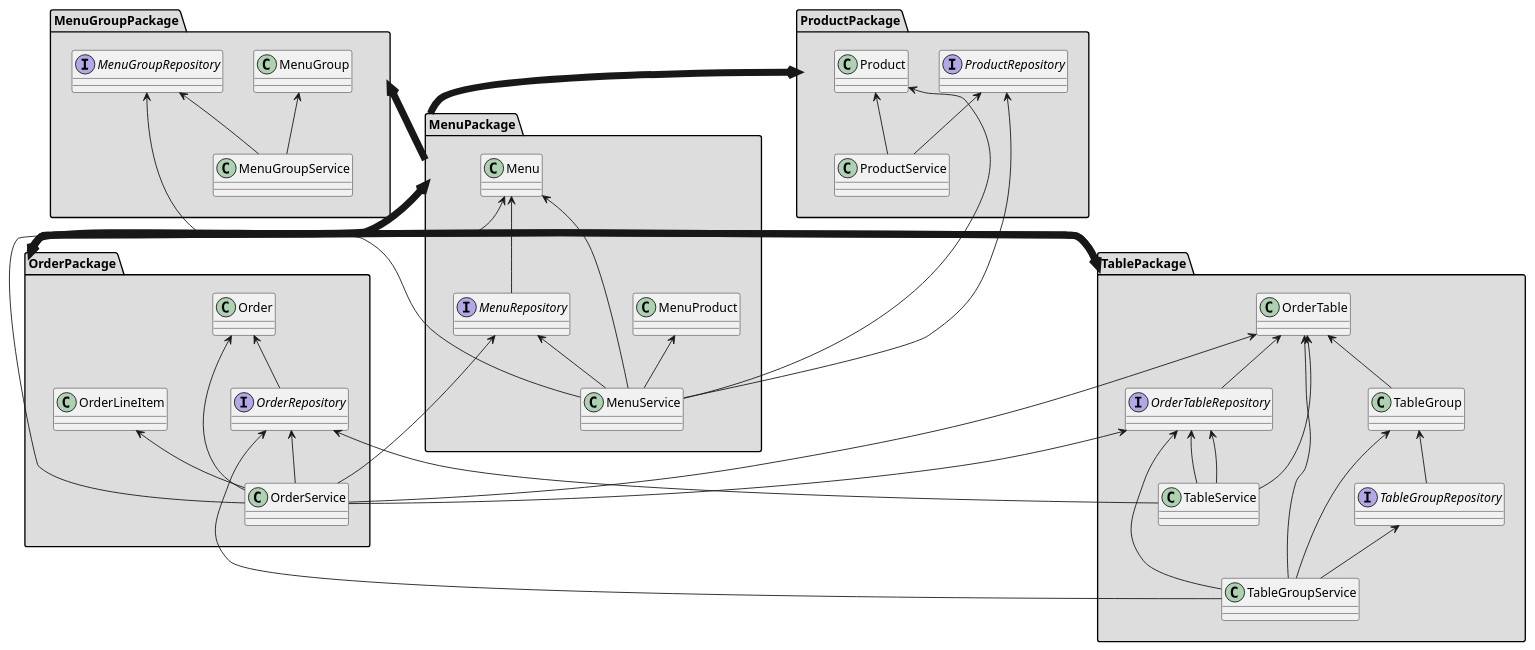
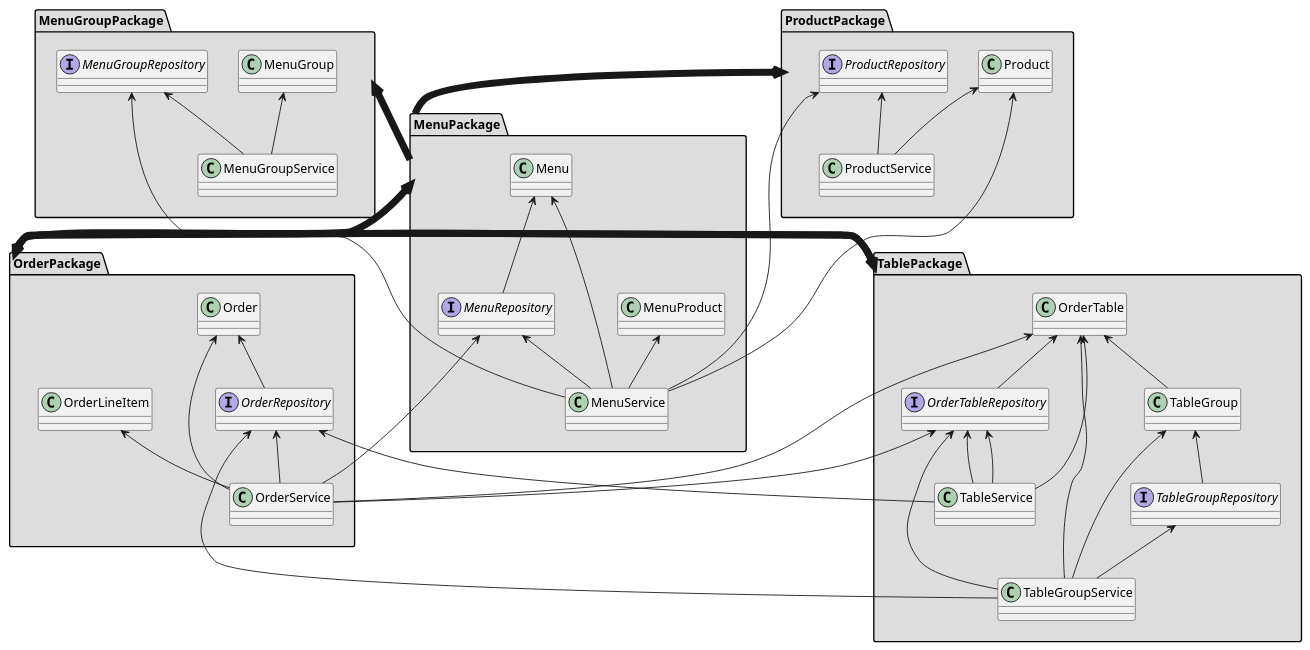
The diagram in markdown/uml.puml (next-step/jwp-refactoring), drawn with PlantUML before and after one commit. The commit also changed 8 other files, not shown here.

Commit message:
refactor: 의존성제거 Menu <-- OrderService

```diff
--- a/markdown/uml.puml
+++ b/markdown/uml.puml
@@ -1,87 +1,87 @@
 @startuml
 package MenuPackage #DDDDDD {
   class MenuService
   class Menu
   class MenuProduct
   interface MenuRepository
 }
 package MenuGroupPackage #DDDDDD {
   class MenuGroupService
   class MenuGroup
   interface MenuGroupRepository
 }
 package OrderPackage #DDDDDD {
   class OrderService
   class Order
   class OrderLineItem
   interface OrderRepository
 }
 package ProductPackage #DDDDDD {
   class ProductService
   class Product
   interface ProductRepository
 }
 package TablePackage #DDDDDD {
   class TableService
   class TableGroupService
   class OrderTable
   class TableGroup
   interface OrderTableRepository
   interface TableGroupRepository
 }
 
   ProductPackage <-[thickness=8]- MenuPackage
   MenuGroupPackage <-[thickness=8]- MenuPackage
   MenuPackage <-[thickness=8]- OrderPackage
   TablePackage <-[thickness=8]- OrderPackage
   OrderPackage <-[thickness=8]- TablePackage
 
 
   Menu <-- MenuService
   'MenuGroup <-- MenuService
   MenuGroupRepository <-- MenuService
   MenuProduct <-- MenuService
   MenuRepository <-- MenuService
   Product <-- MenuService
   ProductRepository <-- MenuService
 
   'MenuGroup <-- Menu
 
   'Product <-- MenuProduct
 
   MenuGroup <-- MenuGroupService
   MenuGroupRepository <-- MenuGroupService
 '------------------------------------------------------
   'OrderTable <-- Order
 
   'Menu <-- OrderLineItem
 
-  Menu <-- OrderService
+  'Menu <-- OrderService
   MenuRepository <-- OrderService
   Order <-- OrderService
   OrderLineItem <-- OrderService
   OrderRepository <-- OrderService
   OrderTable <-- OrderService
   OrderTableRepository <-- OrderService
 
   Product <-- ProductService
   ProductRepository <-- ProductService
 
   OrderTable <-- TableGroup
 
   OrderRepository <-- TableGroupService
   OrderTable <-- TableGroupService
   OrderTableRepository <-- TableGroupService
   TableGroup <-- TableGroupService
   TableGroupRepository <-- TableGroupService
 
   OrderRepository <-- TableService
   OrderTable <-- TableService
   OrderTableRepository <-- TableService
 
   TableGroup <-- TableGroupRepository
   Order <-- OrderRepository
   Menu <-- MenuRepository
   OrderTableRepository <-- TableService
   OrderTable <-- OrderTableRepository
 @enduml
```
